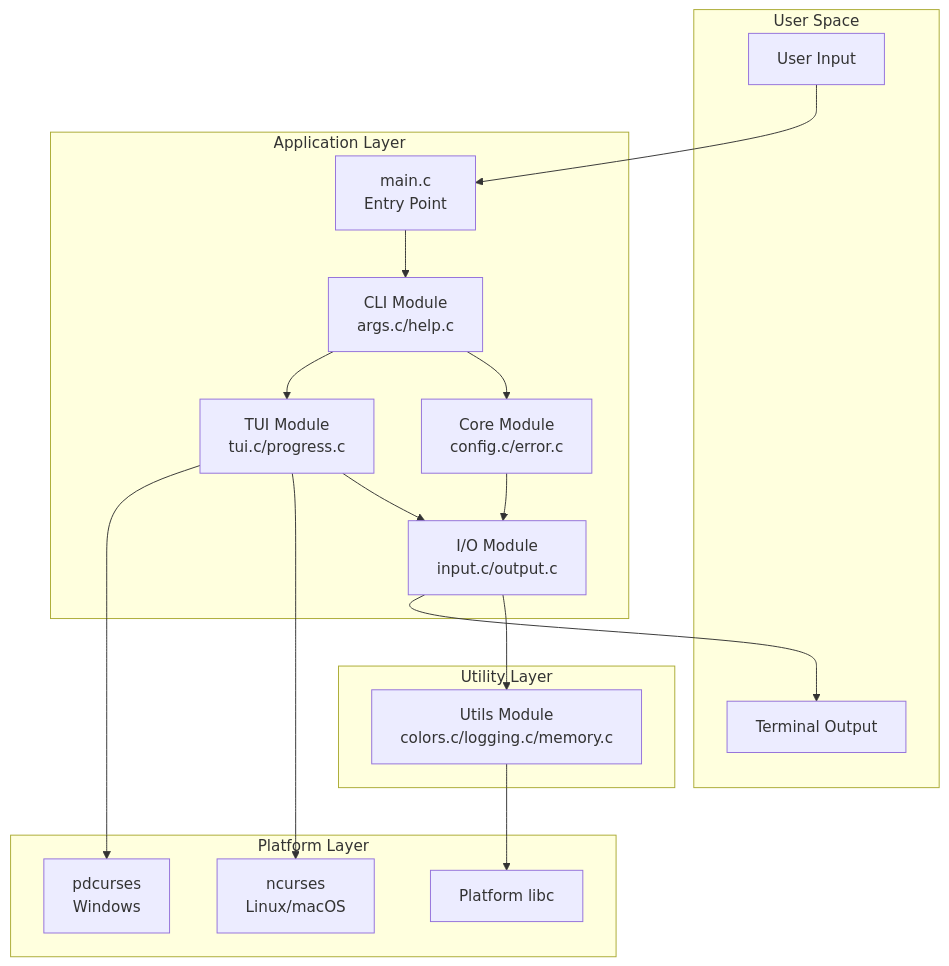
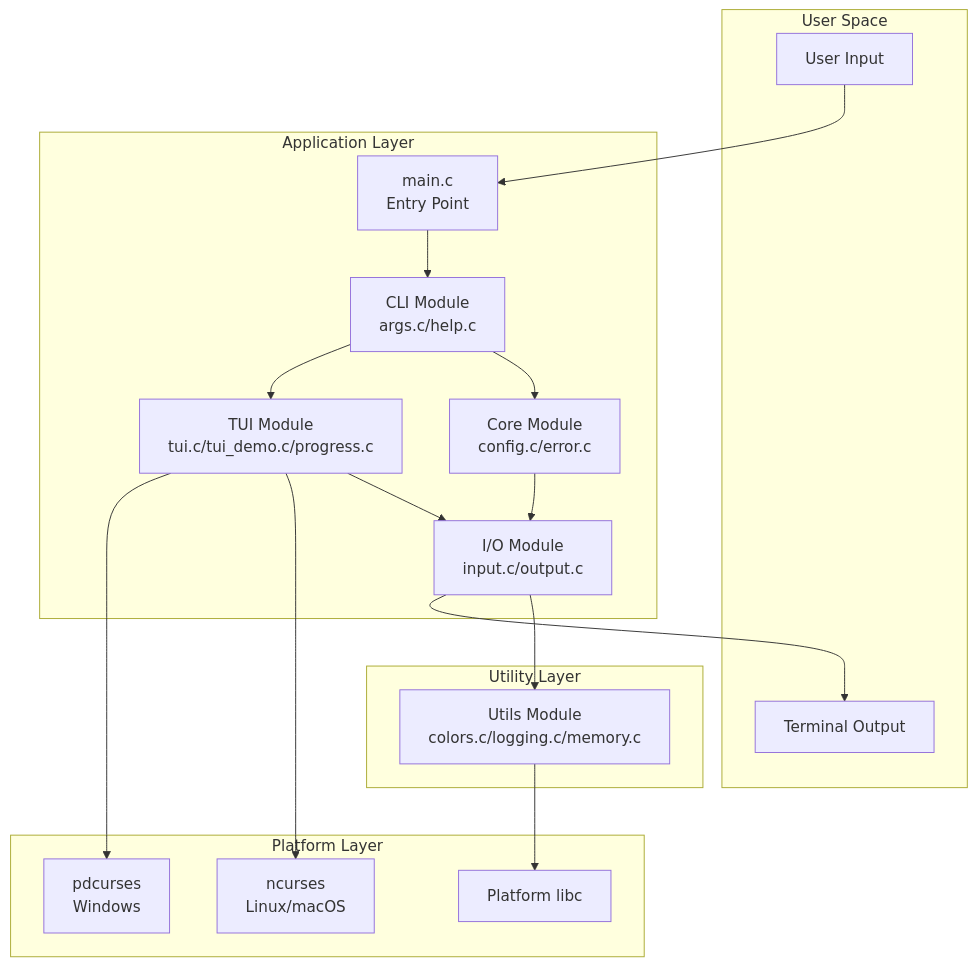
Before and after one commit to sammyjoyce/c23-cli-template: the first of 7 diagrams in docs/ARCHITECTURE.md, drawn with Mermaid. The commit also changed other lines of this file and 50 other files, not shown here.

````diff
--- a/docs/ARCHITECTURE.md
+++ b/docs/ARCHITECTURE.md
@@ -16,37 +16,37 @@
 ```mermaid
 graph TB
     subgraph "User Space"
         USER[User Input]
         TERM[Terminal Output]
     end
-    
+
     subgraph "Application Layer"
         MAIN[main.c<br/>Entry Point]
         CLI[CLI Module<br/>args.c/help.c]
         CORE[Core Module<br/>config.c/error.c]
-        TUI[TUI Module<br/>tui.c/progress.c]
+        TUI[TUI Module<br/>tui.c/tui_demo.c/progress.c]
         IO[I/O Module<br/>input.c/output.c]
     end
-    
+
     subgraph "Utility Layer"
         UTILS[Utils Module<br/>colors.c/logging.c/memory.c]
     end
-    
+
     subgraph "Platform Layer"
         NCURSES[ncurses<br/>Linux/macOS]
         PDCURSES[pdcurses<br/>Windows]
         LIBC[Platform libc]
     end
-    
+
     USER --> MAIN
     MAIN --> CLI
     CLI --> CORE
     CLI --> TUI
     CORE --> IO
     TUI --> IO
     IO --> UTILS
     TUI --> NCURSES
     TUI --> PDCURSES
     UTILS --> LIBC
     IO --> TERM
 ```
````
